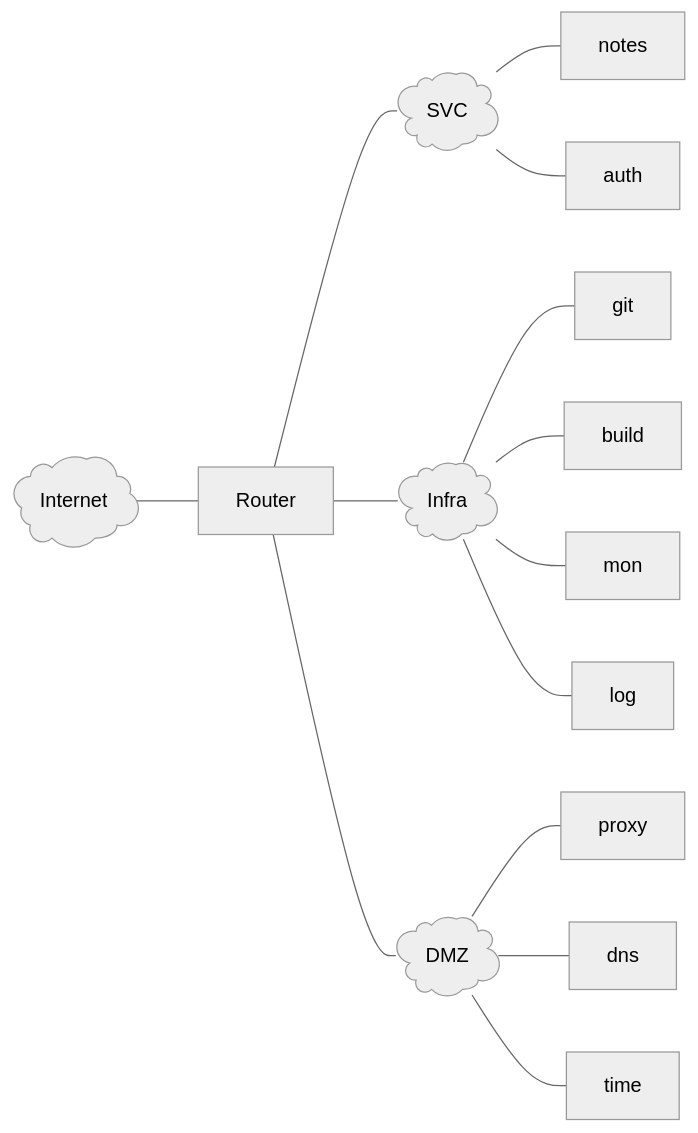
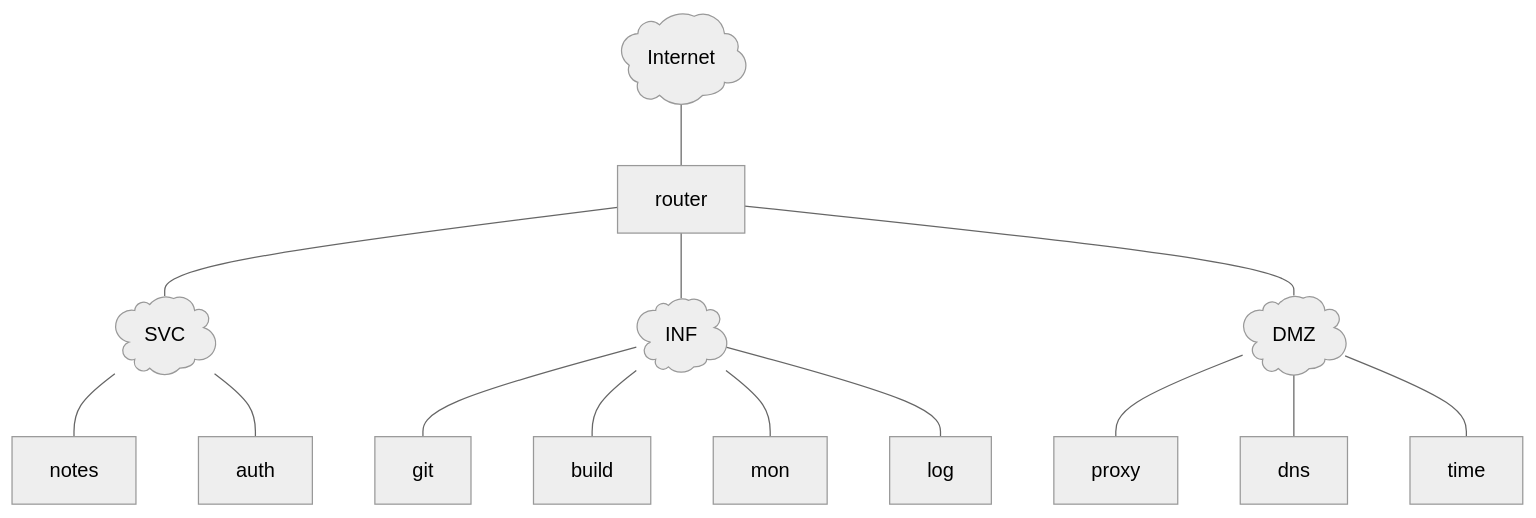
The first of 2 diagrams in docs/blog/posts/nixos-infra-2.md (felbingereu/website), drawn with Mermaid (neutral theme) before and after one commit. The commit also changed other lines of this file and 2 other files, not shown here.

Commit message:
blog/posts/nixos-infra: improve, add third chapter

````diff
--- a/docs/blog/posts/nixos-infra-2.md
+++ b/docs/blog/posts/nixos-infra-2.md
@@ -23,16 +27,7 @@
 ```mermaid
-flowchart LR
-  internet[Internet]@{ shape: cloud } --- router[Router]
-  router --- svc[SVC]@{ shape: cloud }
-  router --- infra[Infra]@{ shape: cloud }
-  router --- dmz[DMZ]@{ shape: cloud }
-  svc --- notes
-  svc --- auth
-  infra --- git
-  infra --- build
-  infra --- mon
-  infra --- log
-  dmz --- proxy
-  dmz --- dns
-  dmz --- time
+flowchart TB
+  internet[Internet]@{ shape: cloud } --- router --- svc & inf & dmz
+  svc[SVC]@{ shape: cloud } --- notes & auth
+  inf[INF]@{ shape: cloud } --- git & build & mon & log
+  dmz[DMZ]@{ shape: cloud } --- proxy & dns & time
 ```
````
